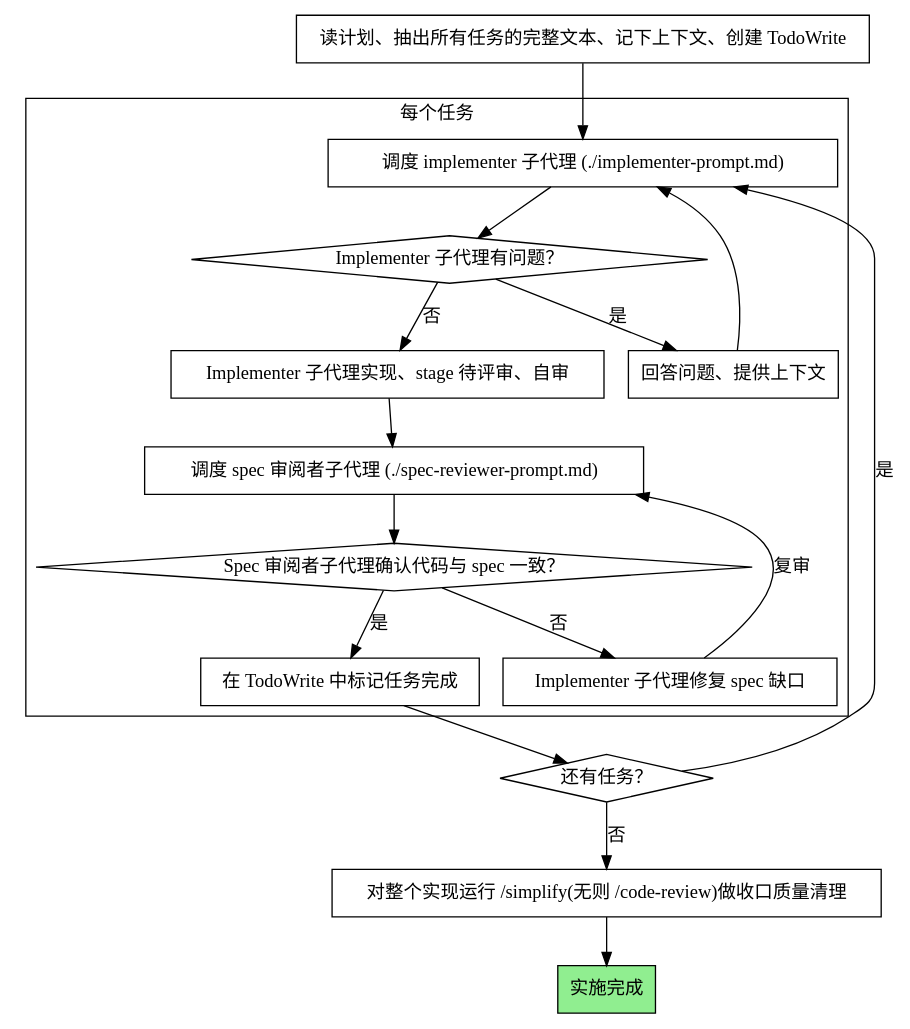
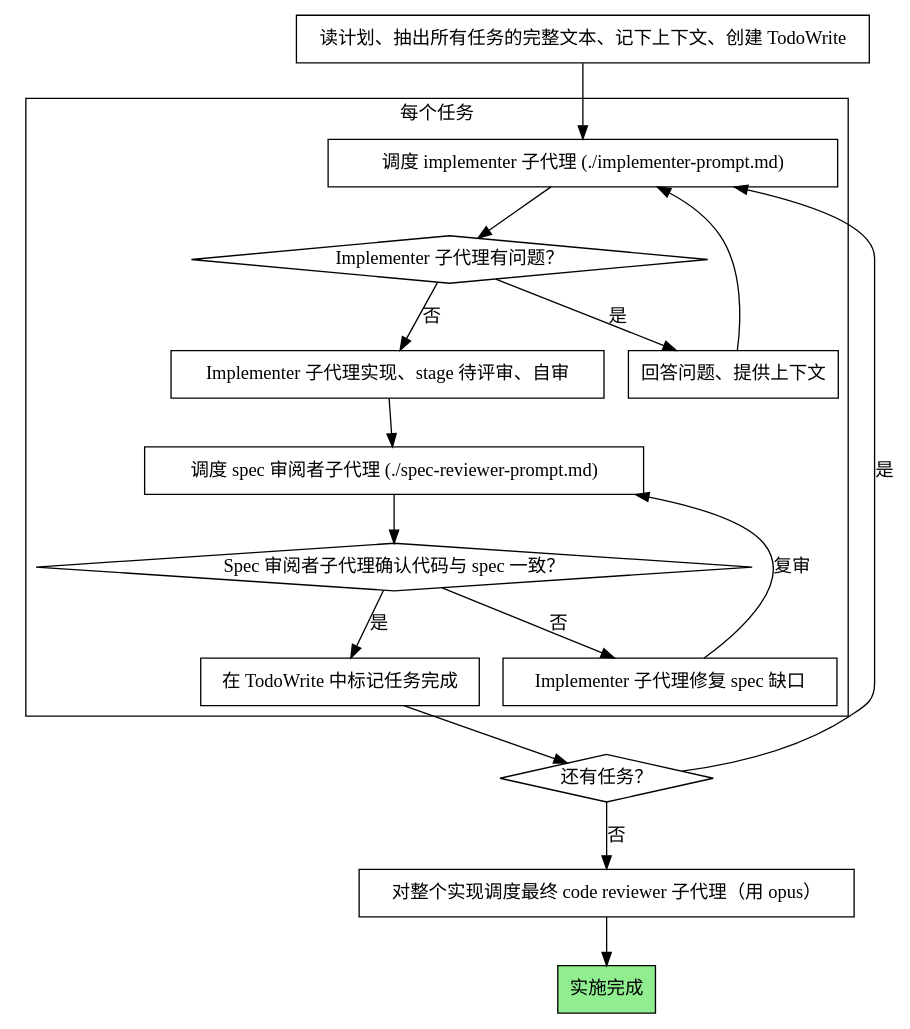
Before and after one commit to MySwallow/superpowers-lite: the second of 2 diagrams in skills/subagent-driven-development/SKILL.md, drawn with Graphviz. The commit also changed other lines of this file and 9 other files, not shown here.

First line of the commit message:
refactor(subagent-driven): 收口改回真正的 code review（用 opus），替换 /simplify

````diff
--- a/skills/subagent-driven-development/SKILL.md
+++ b/skills/subagent-driven-development/SKILL.md
@@ -44,37 +44,37 @@
 ```dot
 digraph process {
     rankdir=TB;
 
     subgraph cluster_per_task {
         label="每个任务";
         "调度 implementer 子代理 (./implementer-prompt.md)" [shape=box];
         "Implementer 子代理有问题？" [shape=diamond];
         "回答问题、提供上下文" [shape=box];
         "Implementer 子代理实现、stage 待评审、自审" [shape=box];
         "调度 spec 审阅者子代理 (./spec-reviewer-prompt.md)" [shape=box];
         "Spec 审阅者子代理确认代码与 spec 一致？" [shape=diamond];
         "Implementer 子代理修复 spec 缺口" [shape=box];
         "在 TodoWrite 中标记任务完成" [shape=box];
     }
 
     "读计划、抽出所有任务的完整文本、记下上下文、创建 TodoWrite" [shape=box];
     "还有任务？" [shape=diamond];
-    "对整个实现运行 /simplify(无则 /code-review)做收口质量清理" [shape=box];
+    "对整个实现调度最终 code reviewer 子代理（用 opus）" [shape=box];
     "实施完成" [shape=box style=filled fillcolor=lightgreen];
 
     "读计划、抽出所有任务的完整文本、记下上下文、创建 TodoWrite" -> "调度 implementer 子代理 (./implementer-prompt.md)";
     "调度 implementer 子代理 (./implementer-prompt.md)" -> "Implementer 子代理有问题？";
     "Implementer 子代理有问题？" -> "回答问题、提供上下文" [label="是"];
     "回答问题、提供上下文" -> "调度 implementer 子代理 (./implementer-prompt.md)";
     "Implementer 子代理有问题？" -> "Implementer 子代理实现、stage 待评审、自审" [label="否"];
     "Implementer 子代理实现、stage 待评审、自审" -> "调度 spec 审阅者子代理 (./spec-reviewer-prompt.md)";
     "调度 spec 审阅者子代理 (./spec-reviewer-prompt.md)" -> "Spec 审阅者子代理确认代码与 spec 一致？";
     "Spec 审阅者子代理确认代码与 spec 一致？" -> "Implementer 子代理修复 spec 缺口" [label="否"];
     "Implementer 子代理修复 spec 缺口" -> "调度 spec 审阅者子代理 (./spec-reviewer-prompt.md)" [label="复审"];
     "Spec 审阅者子代理确认代码与 spec 一致？" -> "在 TodoWrite 中标记任务完成" [label="是"];
     "在 TodoWrite 中标记任务完成" -> "还有任务？";
     "还有任务？" -> "调度 implementer 子代理 (./implementer-prompt.md)" [label="是"];
-    "还有任务？" -> "对整个实现运行 /simplify(无则 /code-review)做收口质量清理" [label="否"];
-    "对整个实现运行 /simplify(无则 /code-review)做收口质量清理" -> "实施完成";
+    "还有任务？" -> "对整个实现调度最终 code reviewer 子代理（用 opus）" [label="否"];
+    "对整个实现调度最终 code reviewer 子代理（用 opus）" -> "实施完成";
 }
 ```
````
